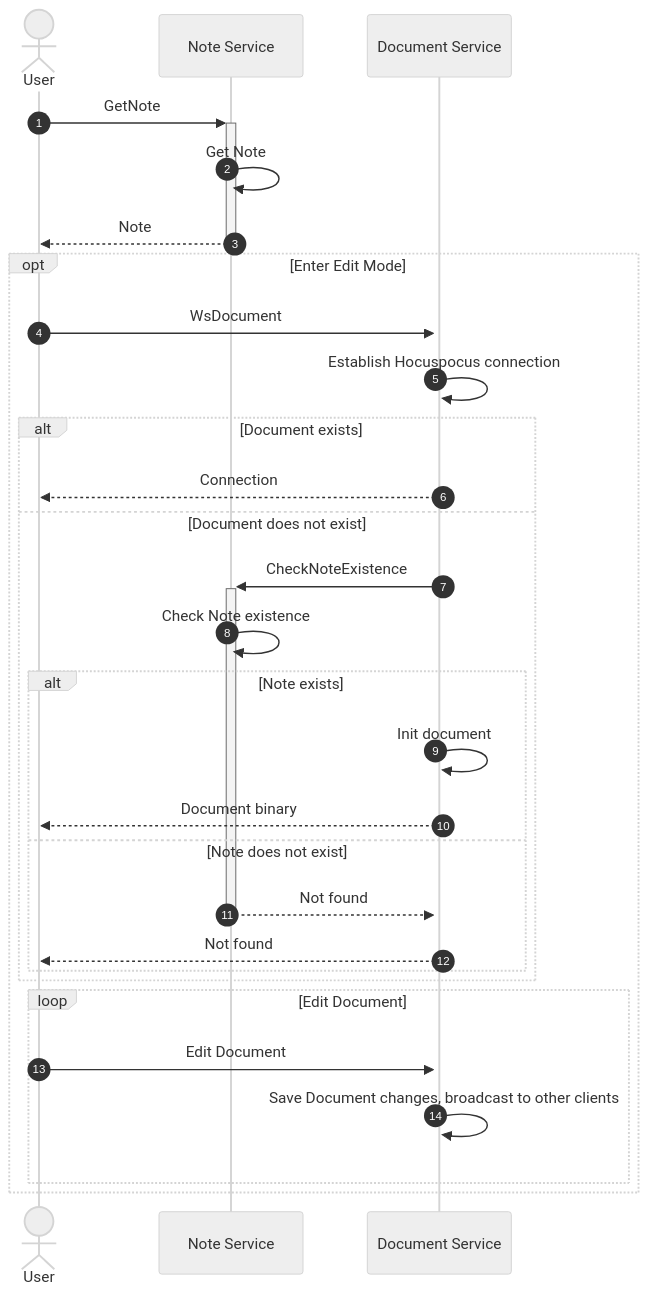
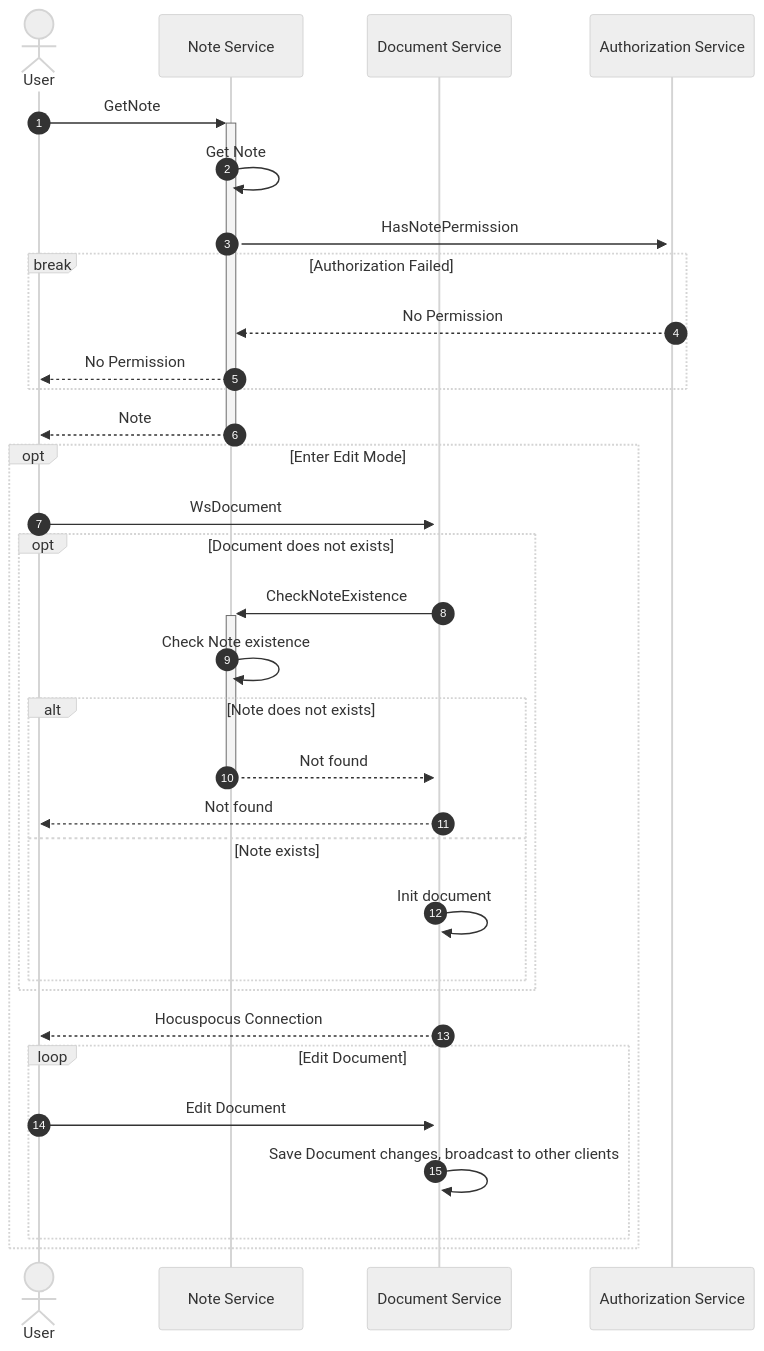
One commit to notopia-uit/notopia changed the second of 5 diagrams in docs/src/references/sequence/note.md. Above: the diagram before and after it, drawn with Mermaid (neutral theme). The commit also changed other lines of this file and 25 other files, not shown here.

````diff
--- a/docs/src/references/sequence/note.md
+++ b/docs/src/references/sequence/note.md
@@ -37,33 +44,36 @@
 ```mermaid
 sequenceDiagram
     autonumber
 
     actor U as User
     participant NS as Note Service
     participant DS as Document Service
+    participant AS as Authorization Service
 
     U->>+NS: GetNote
     NS->>NS: Get Note
+    NS->>+AS: HasNotePermission
+    break Authorization Failed
+        AS-->>NS: No Permission
+        NS-->>U: No Permission
+    end
     NS-->>-U: Note
     opt Enter Edit Mode
         U->>+DS: WsDocument
-        DS->>DS: Establish Hocuspocus connection
-        alt Document exists
-            DS-->>U: Connection
-        else Document does not exist
+        opt Document does not exists
             DS->>+NS: CheckNoteExistence
             NS->>NS: Check Note existence
-            alt Note exists
-                DS->>DS: Init document
-                DS-->>U: Document binary
-            else Note does not exist
+            alt Note does not exists
                 NS-->>-DS: Not found
                 DS-->>U: Not found
+            else Note exists
+                DS->>DS: Init document
             end
         end
+        DS-->>U: Hocuspocus Connection
         loop Edit Document
             U->>DS: Edit Document
             DS->>DS: Save Document changes, broadcast to other clients
         end
     end
 ```
````
